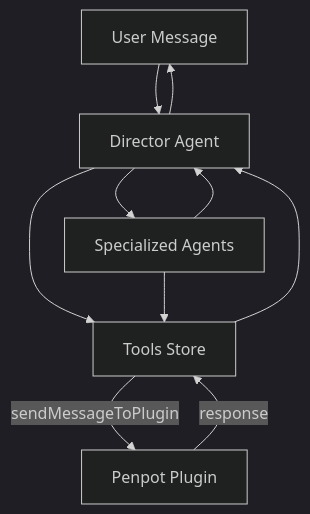
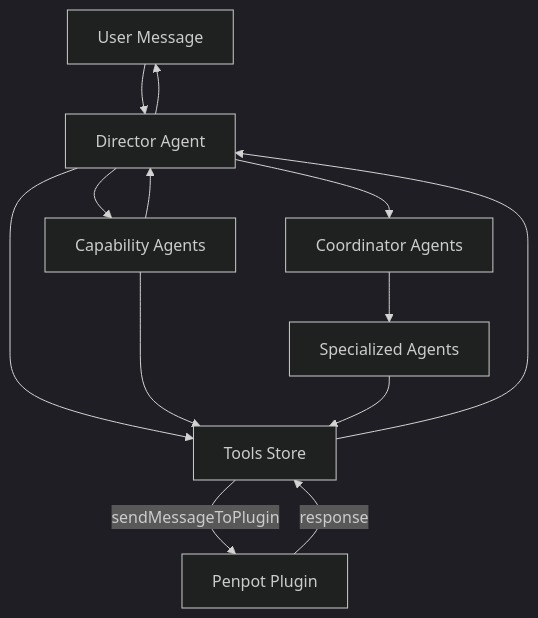
One commit to totto/penpot-wizard changed the diagram in docs/ARCHITECTURE.md. Above: the diagram before and after it, drawn with Mermaid (dark theme). The commit also changed other lines of this file and 3 other files, not shown here.

First line of the commit message:
docs: update documentation to reflect new agent architecture and fix inaccuracies

````diff
--- a/docs/ARCHITECTURE.md
+++ b/docs/ARCHITECTURE.md
@@ -85,18 +104,23 @@
 ```mermaid
 flowchart TB
     User[User Message]
     Director[Director Agent]
     Tools[Tools Store]
+    Capability[Capability Agents]
+    Coordinators[Coordinator Agents]
     Specialized[Specialized Agents]
     Plugin[Penpot Plugin]
 
     User --> Director
     Director --> Tools
-    Director --> Specialized
+    Director --> Capability
+    Capability --> Tools
+    Capability --> Director
+    Director --> Coordinators
+    Coordinators --> Specialized
+    Specialized --> Tools
     Tools -->|sendMessageToPlugin| Plugin
-    Specialized --> Tools
-    Specialized --> Director
     Plugin -->|response| Tools
     Tools --> Director
     Director --> User
 ```
````
